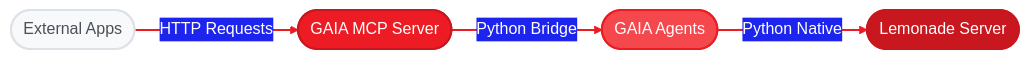
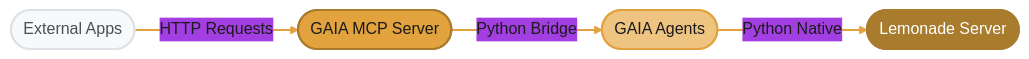
Before and after one commit to amd/gaia: the diagram in docs/integrations/mcp.mdx, drawn with Mermaid. The commit also changed 37 other files, not shown here.

````diff
--- a/docs/integrations/mcp.mdx
+++ b/docs/integrations/mcp.mdx
@@ -160,14 +160,14 @@
 ```mermaid
-%%{init: {'theme':'base', 'themeVariables': { 'primaryColor':'#ED1C24', 'primaryTextColor':'#fff', 'primaryBorderColor':'#C8171E', 'lineColor':'#F4484D', 'fontFamily': 'system-ui, -apple-system, sans-serif'}}}%%
+%%{init: {'theme':'base', 'themeVariables': { 'primaryColor':'#E2A33E', 'primaryTextColor':'#1a1a1a', 'primaryBorderColor':'#A87B2D', 'lineColor':'#EFC480', 'fontFamily': 'system-ui, -apple-system, sans-serif'}}}%%
 graph LR
     A(["External Apps"]) -->|"HTTP Requests"| B(["GAIA MCP Server"])
     B -->|"Python Bridge"| C(["GAIA Agents"])
     C -->|"Python Native"| D(["Lemonade Server"])
 
     style A fill:#f8f9fa,stroke:#dee2e6,stroke-width:2px,color:#495057
-    style B fill:#ED1C24,stroke:#C8171E,stroke-width:2px,color:#fff
-    style C fill:#F4484D,stroke:#ED1C24,stroke-width:2px,color:#fff
-    style D fill:#C8171E,stroke:#C8171E,stroke-width:2px,color:#fff
+    style B fill:#E2A33E,stroke:#A87B2D,stroke-width:2px,color:#1a1a1a
+    style C fill:#EFC480,stroke:#E2A33E,stroke-width:2px,color:#1a1a1a
+    style D fill:#A87B2D,stroke:#A87B2D,stroke-width:2px,color:#fff
 
-    linkStyle 0,1,2 stroke:#ED1C24,stroke-width:2px
+    linkStyle 0,1,2 stroke:#E2A33E,stroke-width:2px
 ```
````
